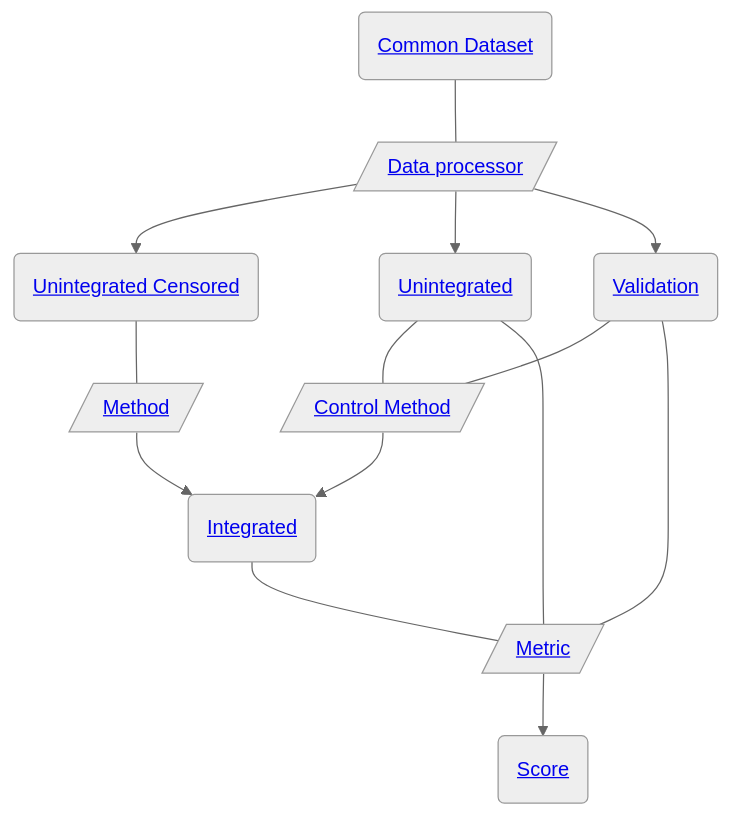
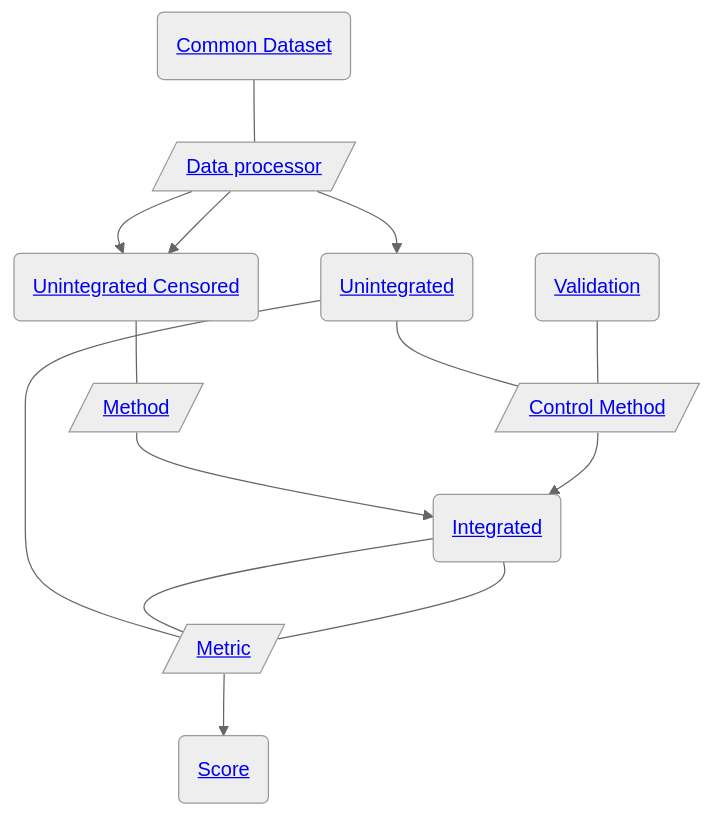
Before and after one commit to openproblems-bio/task_cyto_batch_integration: the diagram in README.md, drawn with Mermaid (neutral theme). The commit also changed other lines of this file and 5 other files, not shown here.

````diff
--- a/README.md
+++ b/README.md
@@ -45,26 +45,26 @@
 ``` mermaid
 flowchart TB
   file_common_dataset("<a href='https://github.com/openproblems-bio/task_cyto_batch_integration#file-format-common-dataset'>Common Dataset</a>")
   comp_data_processor[/"<a href='https://github.com/openproblems-bio/task_cyto_batch_integration#component-type-data-processor'>Data processor</a>"/]
-  file_unintegrated_censored("<a href='https://github.com/openproblems-bio/task_cyto_batch_integration#file-format-unintegrated-censored'>Unintegrated Censored</a>")
+  file_censored("<a href='https://github.com/openproblems-bio/task_cyto_batch_integration#file-format-unintegrated-censored'>Unintegrated Censored</a>")
   file_unintegrated("<a href='https://github.com/openproblems-bio/task_cyto_batch_integration#file-format-unintegrated'>Unintegrated</a>")
-  file_validation("<a href='https://github.com/openproblems-bio/task_cyto_batch_integration#file-format-validation'>Validation</a>")
   comp_method[/"<a href='https://github.com/openproblems-bio/task_cyto_batch_integration#component-type-method'>Method</a>"/]
   comp_control_method[/"<a href='https://github.com/openproblems-bio/task_cyto_batch_integration#component-type-control-method'>Control Method</a>"/]
   comp_metric[/"<a href='https://github.com/openproblems-bio/task_cyto_batch_integration#component-type-metric'>Metric</a>"/]
   file_integrated("<a href='https://github.com/openproblems-bio/task_cyto_batch_integration#file-format-integrated'>Integrated</a>")
   file_score("<a href='https://github.com/openproblems-bio/task_cyto_batch_integration#file-format-score'>Score</a>")
+  file_validation("<a href='https://github.com/openproblems-bio/task_cyto_batch_integration#file-format-validation'>Validation</a>")
   file_common_dataset---comp_data_processor
-  comp_data_processor-->file_unintegrated_censored
+  comp_data_processor-->file_censored
+  comp_data_processor-->file_censored
   comp_data_processor-->file_unintegrated
-  comp_data_processor-->file_validation
-  file_unintegrated_censored---comp_method
+  file_censored---comp_method
   file_unintegrated---comp_control_method
   file_unintegrated---comp_metric
-  file_validation---comp_control_method
-  file_validation---comp_metric
   comp_method-->file_integrated
   comp_control_method-->file_integrated
   comp_metric-->file_score
   file_integrated---comp_metric
+  file_integrated---comp_metric
+  file_validation---comp_control_method
 ```
````
